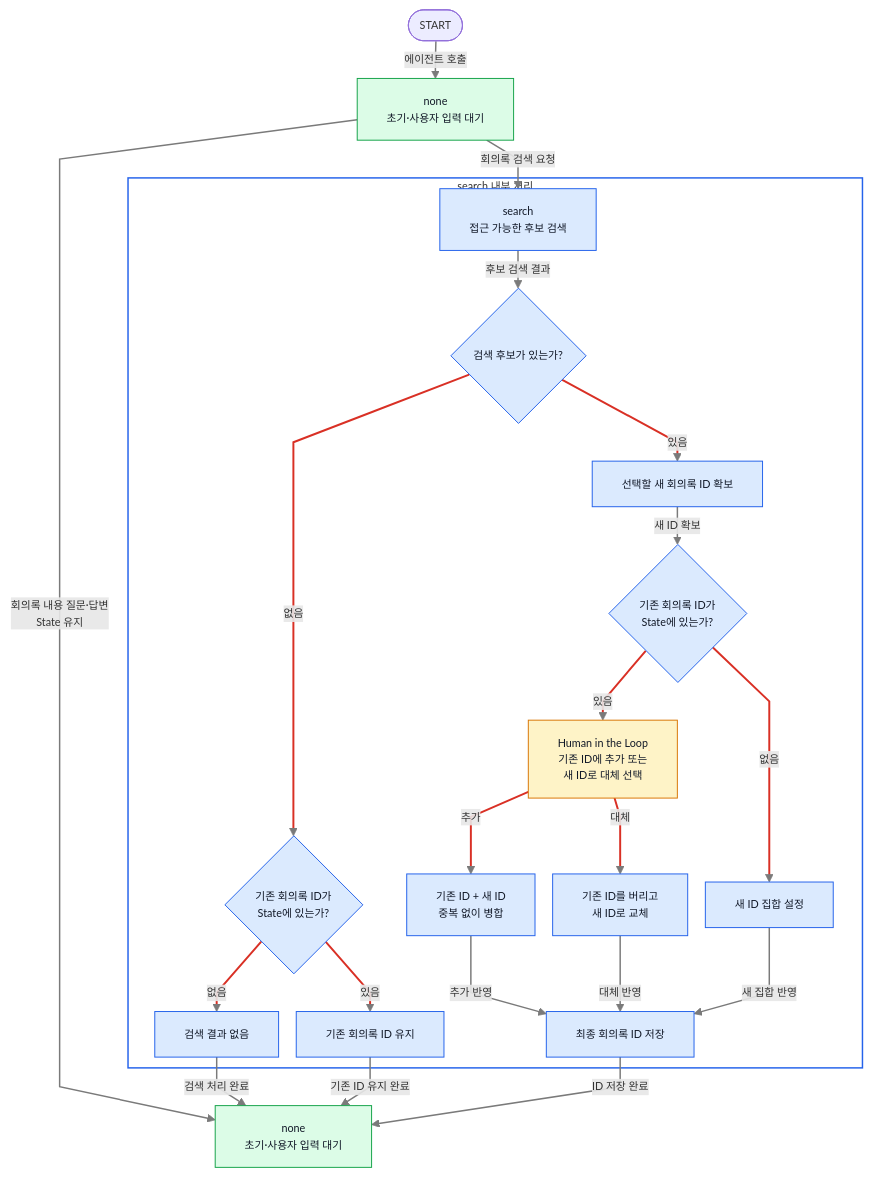
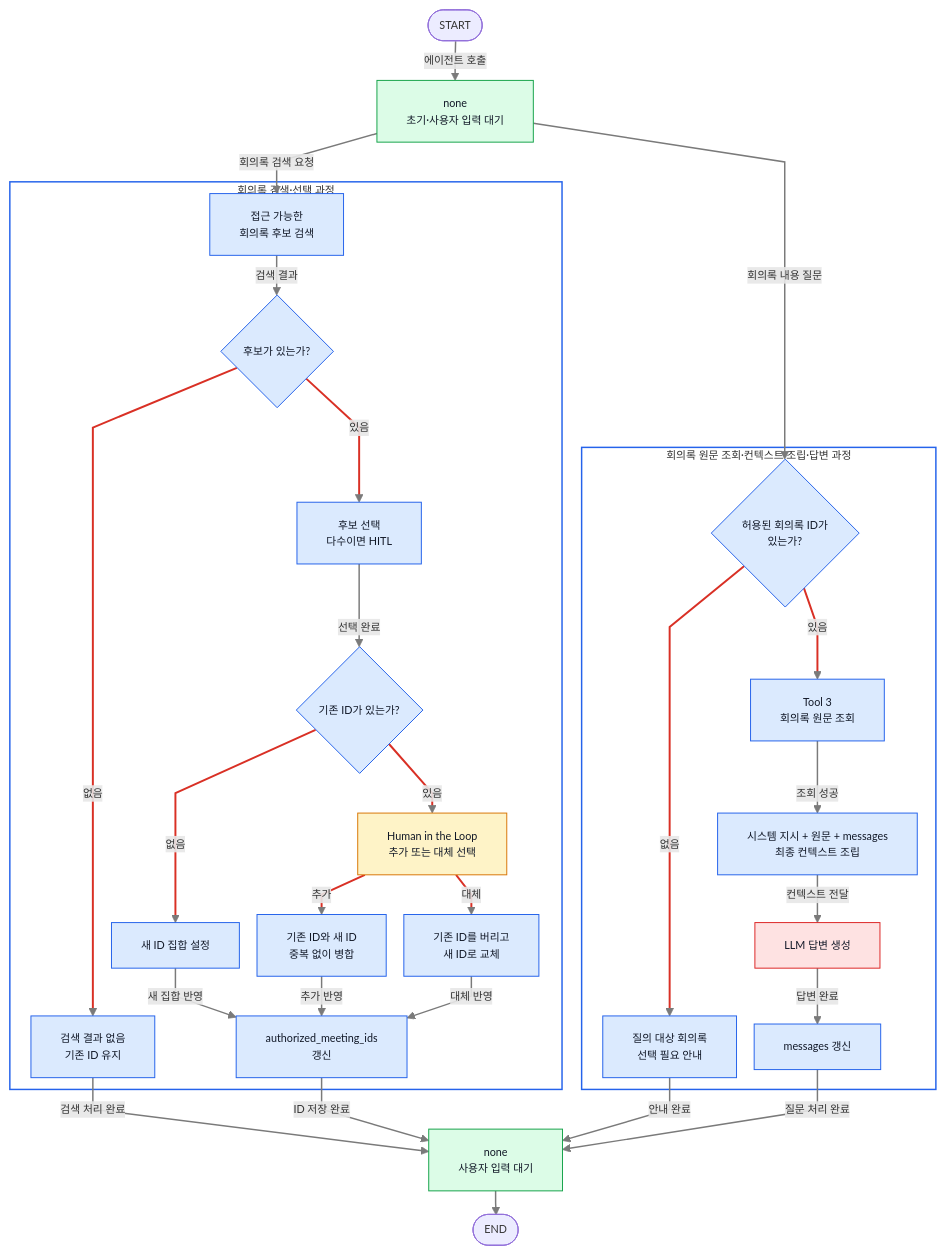
The eighth of 10 diagrams in ZENAI/에이전트 설계/회의록 에이전트 설계/1. 회의록 에이전트 워크플로우 graph 정의.md (ericyum/Obsidian), drawn with Mermaid before and after one commit. The commit also changed other lines of this file and 11 other files, not shown here.

````diff
--- a/ZENAI/에이전트 설계/회의록 에이전트 설계/1. 회의록 에이전트 워크플로우 graph 정의.md
+++ b/ZENAI/에이전트 설계/회의록 에이전트 설계/1. 회의록 에이전트 워크플로우 graph 정의.md
@@ -433,36 +332,50 @@
 ```mermaid
-%%{init: {"flowchart": {"useMaxWidth": true, "nodeSpacing": 18, "rankSpacing": 22, "curve": "linear"}, "themeVariables": {"fontSize": "11px"}}}%%
+%%{init: {"flowchart": {"useMaxWidth": true, "nodeSpacing": 18, "rankSpacing": 24, "curve": "linear"}, "themeVariables": {"fontSize": "11px"}}}%%
 flowchart TB
     S(["START"]) -->|"에이전트 호출"| N1["none<br/>초기·사용자 입력 대기"]
     N1 -->|"회의록 검색 요청"| SE
-    N1 -->|"회의록 내용 질문·답변<br/>State 유지"| N2["none<br/>초기·사용자 입력 대기"]
-    subgraph SEARCH["search 내부 처리"]
-        SE["search<br/>접근 가능한 후보 검색"] -->|"후보 검색 결과"| C{"검색 후보가 있는가?"}
-        C -->|"없음"| Z{"기존 회의록 ID가<br/>State에 있는가?"}
-        C -->|"있음"| SI["선택할 새 회의록 ID 확보"]
-        Z -->|"없음"| EMPTY["검색 결과 없음"]
-        Z -->|"있음"| KEEP["기존 회의록 ID 유지"]
-        SI -->|"새 ID 확보"| X{"기존 회의록 ID가<br/>State에 있는가?"}
+    N1 -->|"회의록 내용 질문"| QV
+
+    subgraph SEARCH["회의록 검색·선택 과정"]
+        SE["접근 가능한<br/>회의록 후보 검색"] -->|"검색 결과"| C{"후보가 있는가?"}
+        C -->|"없음"| KEEP["검색 결과 없음<br/>기존 ID 유지"]
+        C -->|"있음"| SEL["후보 선택<br/>다수이면 HITL"]
+        SEL -->|"선택 완료"| X{"기존 ID가 있는가?"}
         X -->|"없음"| SET["새 ID 집합 설정"]
-        X -->|"있음"| H["Human in the Loop<br/>기존 ID에 추가 또는<br/>새 ID로 대체 선택"]
-        H -->|"추가"| ADD["기존 ID + 새 ID<br/>중복 없이 병합"]
+        X -->|"있음"| H["Human in the Loop<br/>추가 또는 대체 선택"]
+        H -->|"추가"| ADD["기존 ID와 새 ID<br/>중복 없이 병합"]
         H -->|"대체"| REP["기존 ID를 버리고<br/>새 ID로 교체"]
-        ADD -->|"추가 반영"| SAVE["최종 회의록 ID 저장"]
+        SET -->|"새 집합 반영"| SAVE["authorized_meeting_ids<br/>갱신"]
+        ADD -->|"추가 반영"| SAVE
         REP -->|"대체 반영"| SAVE
-        SET -->|"새 집합 반영"| SAVE
     end
-    EMPTY -->|"검색 처리 완료"| N2
-    KEEP -->|"기존 ID 유지 완료"| N2
+
+    subgraph QUESTION["회의록 원문 조회·컨텍스트 조립·답변 과정"]
+        QV{"허용된 회의록 ID가<br/>있는가?"}
+        QV -->|"없음"| QERR["질의 대상 회의록<br/>선택 필요 안내"]
+        QV -->|"있음"| DOC["Tool 3<br/>회의록 원문 조회"]
+        DOC -->|"조회 성공"| CTX["시스템 지시 + 원문 + messages<br/>최종 컨텍스트 조립"]
+        CTX -->|"컨텍스트 전달"| LLM["LLM 답변 생성"]
+        LLM -->|"답변 완료"| MSG["messages 갱신"]
+    end
+
+    KEEP -->|"검색 처리 완료"| N2["none<br/>사용자 입력 대기"]
     SAVE -->|"ID 저장 완료"| N2
+    QERR -->|"안내 완료"| N2
+    MSG -->|"질문 처리 완료"| N2
+    N2 --> E(["END"])
+
     classDef state fill:#dbeafe,stroke:#2563eb,color:#111827;
     classDef idle fill:#dcfce7,stroke:#16a34a,color:#111827;
     classDef hitl fill:#fef3c7,stroke:#d97706,color:#111827;
+    classDef llm fill:#fee2e2,stroke:#dc2626,color:#111827;
     classDef internal fill:#dbeafe,stroke:#2563eb,color:#111827;
-    class SE state;
     class N1,N2 idle;
     class H hitl;
-    class C,Z,SI,EMPTY,KEEP,X,SET,ADD,REP,SAVE internal;
+    class LLM llm;
+    class SE,C,KEEP,SEL,X,SET,ADD,REP,SAVE,QV,QERR,DOC,CTX,MSG internal;
     style SEARCH fill:transparent,stroke:#2563eb,stroke-width:1.5px;
+    style QUESTION fill:transparent,stroke:#2563eb,stroke-width:1.5px;
     linkStyle default stroke:#7a7a7a,stroke-width:1.5px;
-    linkStyle 4,5,6,7,9,10,11,12 stroke:#d93025,stroke-width:2px;
+    linkStyle 4,5,7,8,9,10,14,15 stroke:#d93025,stroke-width:2px;
 ```
````
